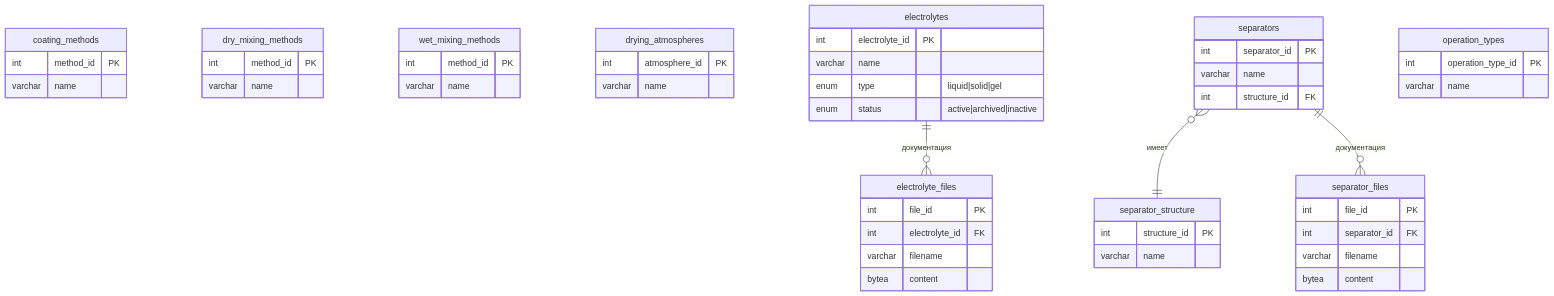
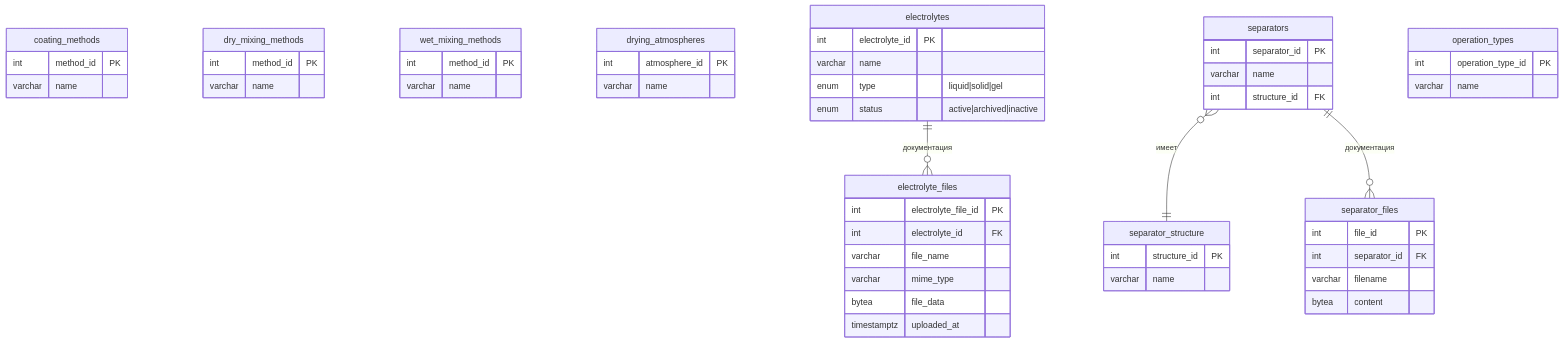
The ninth of 15 diagrams in Документация ЕСПД/03. Пояснительная записка.md (chem-coder/BADB---Battery-Assembly-Database), drawn with Mermaid before and after one commit. The commit also changed 9 other files, not shown here.

````diff
--- a/Документация ЕСПД/03. Пояснительная записка.md
+++ b/Документация ЕСПД/03. Пояснительная записка.md
@@ -746,54 +746,56 @@
 ```mermaid
 erDiagram
     coating_methods {
         int method_id PK
         varchar name
     }
     dry_mixing_methods {
         int method_id PK
         varchar name
     }
     wet_mixing_methods {
         int method_id PK
         varchar name
     }
     drying_atmospheres {
         int atmosphere_id PK
         varchar name
     }
     electrolytes {
         int electrolyte_id PK
         varchar name
         enum type "liquid|solid|gel"
         enum status "active|archived|inactive"
     }
     electrolyte_files {
-        int file_id PK
+        int electrolyte_file_id PK
         int electrolyte_id FK
-        varchar filename
-        bytea content
+        varchar file_name
+        varchar mime_type
+        bytea file_data
+        timestamptz uploaded_at
     }
     separators {
         int separator_id PK
         varchar name
         int structure_id FK
     }
     separator_structure {
         int structure_id PK
         varchar name
     }
     separator_files {
         int file_id PK
         int separator_id FK
         varchar filename
         bytea content
     }
     operation_types {
         int operation_type_id PK
         varchar name
     }
     
     electrolytes ||--o{ electrolyte_files : "документация"
     separators }o--|| separator_structure : "имеет"
     separators ||--o{ separator_files : "документация"
 ```
````
